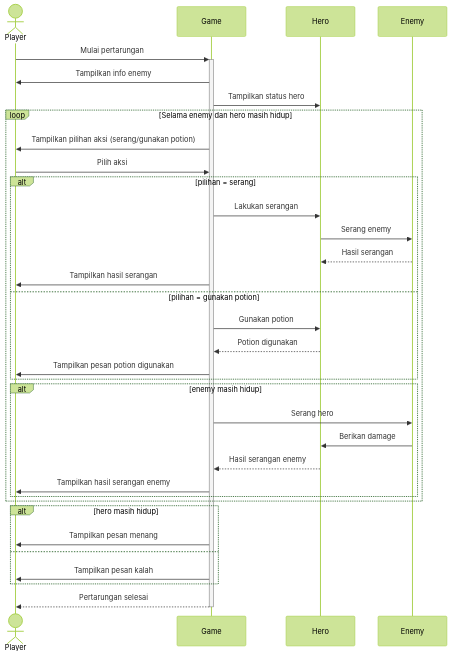
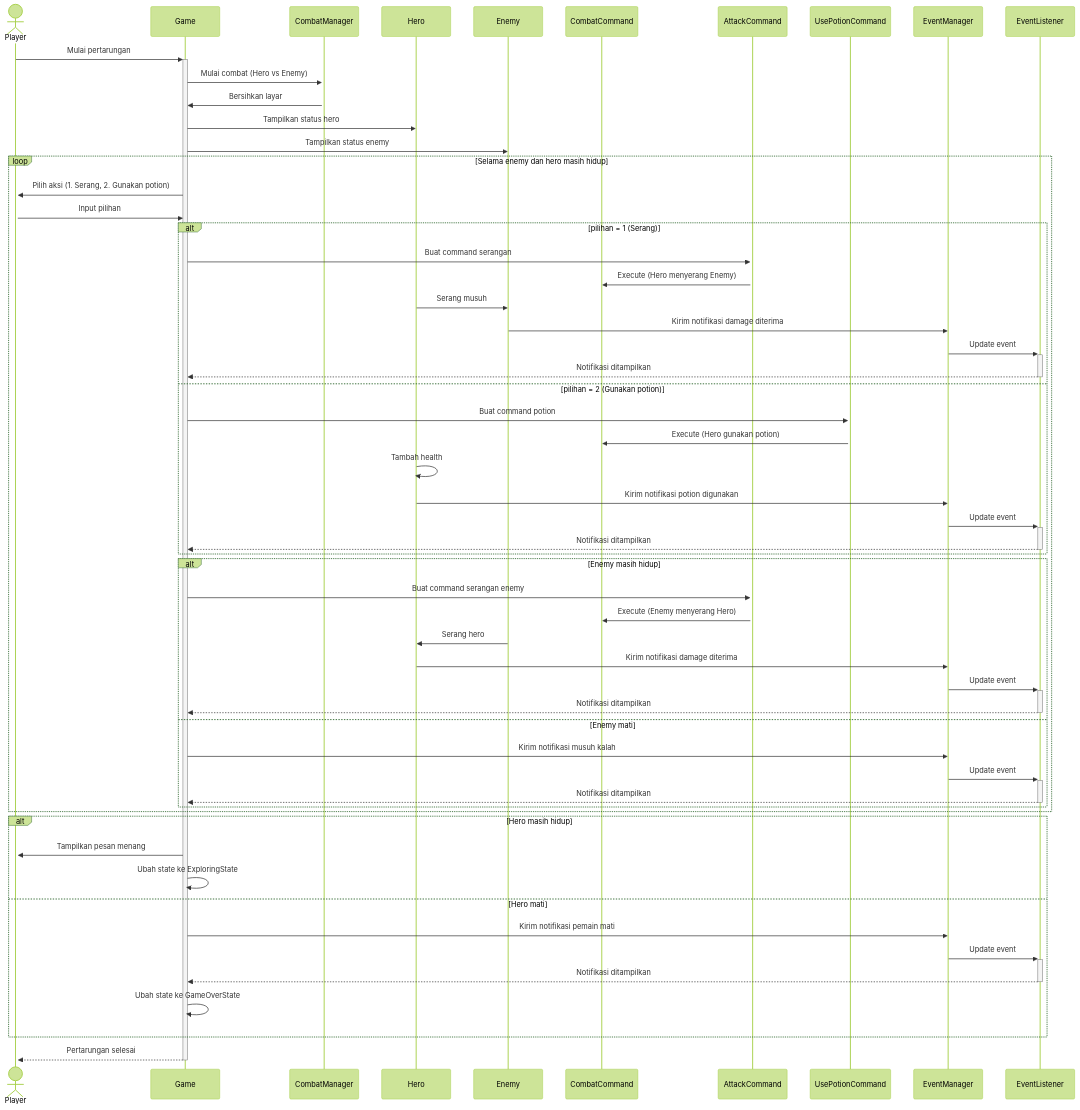
The fifth of 7 diagrams in README.md (ekastn/java-design-pattern), drawn with Mermaid (forest theme) before and after one commit. The commit also changed other lines of this file and 4 other files, not shown here.

````diff
--- a/README.md
+++ b/README.md
@@ -455,41 +550,65 @@
 ```mermaid
 sequenceDiagram
     actor Player
     participant Game
+    participant CombatManager
     participant Hero
     participant Enemy
+    participant CombatCommand
+    participant AttackCommand
+    participant UsePotionCommand
+    participant EventManager
+    participant EventListener
 
     Player->>+Game: Mulai pertarungan
-    Game->>Player: Tampilkan info enemy
+    Game->>+CombatManager: Mulai combat (Hero vs Enemy)
+    CombatManager->>Game: Bersihkan layar
     Game->>Hero: Tampilkan status hero
+    Game->>Enemy: Tampilkan status enemy
 
     loop Selama enemy dan hero masih hidup
-        Game->>Player: Tampilkan pilihan aksi (serang/gunakan potion)
-        Player->>Game: Pilih aksi
-        alt pilihan = serang
-            Game->>Hero: Lakukan serangan
-            Hero->>Enemy: Serang enemy
-            Enemy-->>Hero: Hasil serangan
-            Game->>Player: Tampilkan hasil serangan
-        else pilihan = gunakan potion
-            Game->>Hero: Gunakan potion
-            Hero-->>Game: Potion digunakan
-            Game->>Player: Tampilkan pesan potion digunakan
+        Game->>+Player: Pilih aksi (1. Serang, 2. Gunakan potion)
+        Player->>Game: Input pilihan
+
+        alt pilihan = 1 (Serang)
+            Game->>+AttackCommand: Buat command serangan
+            AttackCommand->>CombatCommand: Execute (Hero menyerang Enemy)
+            Hero->>Enemy: Serang musuh
+            Enemy->>EventManager: Kirim notifikasi damage diterima
+            EventManager->>+EventListener: Update event
+            EventListener-->>-Game: Notifikasi ditampilkan
+        else pilihan = 2 (Gunakan potion)
+            Game->>+UsePotionCommand: Buat command potion
+            UsePotionCommand->>CombatCommand: Execute (Hero gunakan potion)
+            Hero->>Hero: Tambah health
+            Hero->>EventManager: Kirim notifikasi potion digunakan
+            EventManager->>+EventListener: Update event
+            EventListener-->>-Game: Notifikasi ditampilkan
         end
 
-        alt enemy masih hidup
-            Game->>Enemy: Serang hero
-            Enemy->>Hero: Berikan damage
-            Hero-->>Game: Hasil serangan enemy
-            Game->>Player: Tampilkan hasil serangan enemy
+        alt Enemy masih hidup
+            Game->>+AttackCommand: Buat command serangan enemy
+            AttackCommand->>CombatCommand: Execute (Enemy menyerang Hero)
+            Enemy->>Hero: Serang hero
+            Hero->>EventManager: Kirim notifikasi damage diterima
+            EventManager->>+EventListener: Update event
+            EventListener-->>-Game: Notifikasi ditampilkan
+        else Enemy mati
+            Game->>EventManager: Kirim notifikasi musuh kalah
+            EventManager->>+EventListener: Update event
+            EventListener-->>-Game: Notifikasi ditampilkan
         end
     end
 
-    alt hero masih hidup
+    alt Hero masih hidup
         Game->>Player: Tampilkan pesan menang
-    else
-        Game->>Player: Tampilkan pesan kalah
+        Game->>Game: Ubah state ke ExploringState
+    else Hero mati
+        Game->>EventManager: Kirim notifikasi pemain mati
+        EventManager->>+EventListener: Update event
+        EventListener-->>-Game: Notifikasi ditampilkan
+        Game->>Game: Ubah state ke GameOverState
     end
 
     Game-->>-Player: Pertarungan selesai
 ```
````
